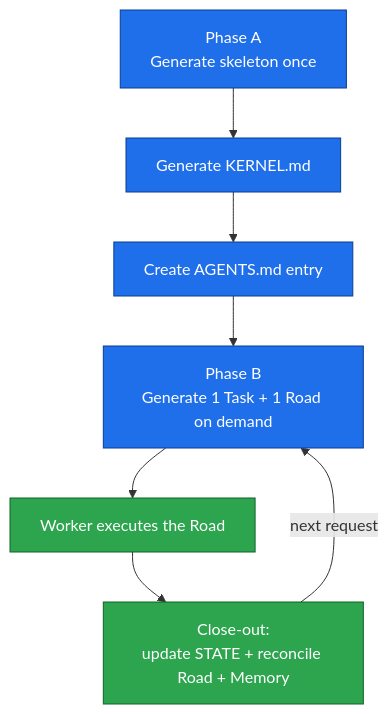
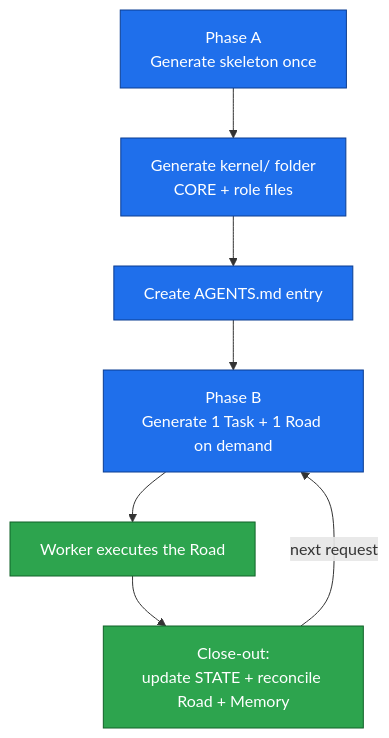
The fourth of 4 diagrams in docs/guides/ROUTING-FLOW.md (asadeisa/akrs), drawn with Mermaid before and after one commit. The commit also changed 10 other files, not shown here.

First line of the commit message:
feat(doctrine): kernel folder + boot gate — per-role paths, BLOCKED flag, Skills field

````diff
--- a/docs/guides/ROUTING-FLOW.md
+++ b/docs/guides/ROUTING-FLOW.md
@@ -111,14 +111,14 @@
 ```mermaid
 flowchart TD
-    A[Phase A<br/>Generate skeleton once] --> K[Generate KERNEL.md]
+    A[Phase A<br/>Generate skeleton once] --> K[Generate kernel/ folder<br/>CORE + role files]
     K --> Entry[Create AGENTS.md entry]
     Entry --> B[Phase B<br/>Generate 1 Task + 1 Road on demand]
     B --> X[Worker executes the Road]
     X --> C[Close-out:<br/>update STATE + reconcile Road + Memory]
     C -->|next request| B
 
     classDef lead fill:#1f6feb,stroke:#0b3d91,color:#fff;
     classDef work fill:#2da44e,stroke:#116329,color:#fff;
     class A,K,Entry,B lead;
     class X,C work;
 ```
````
